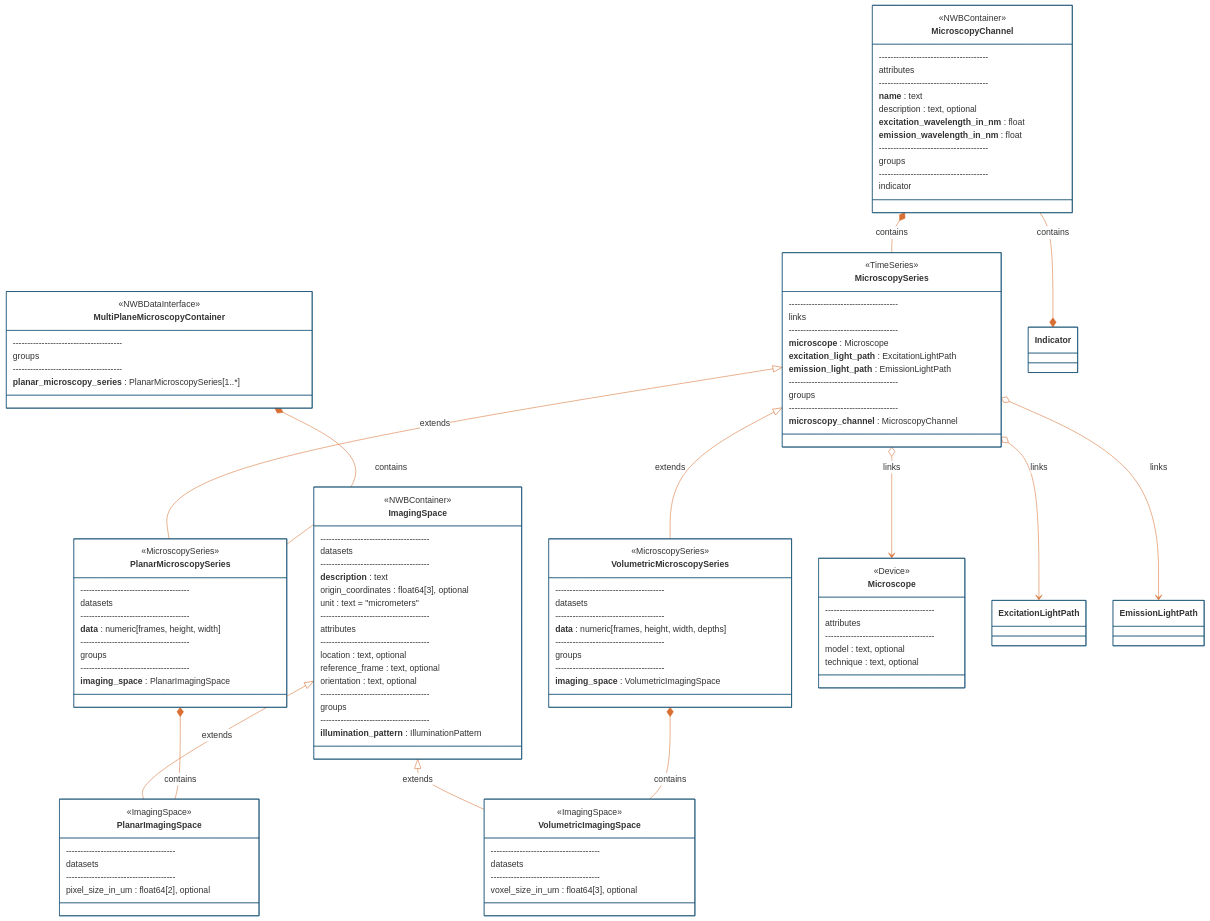
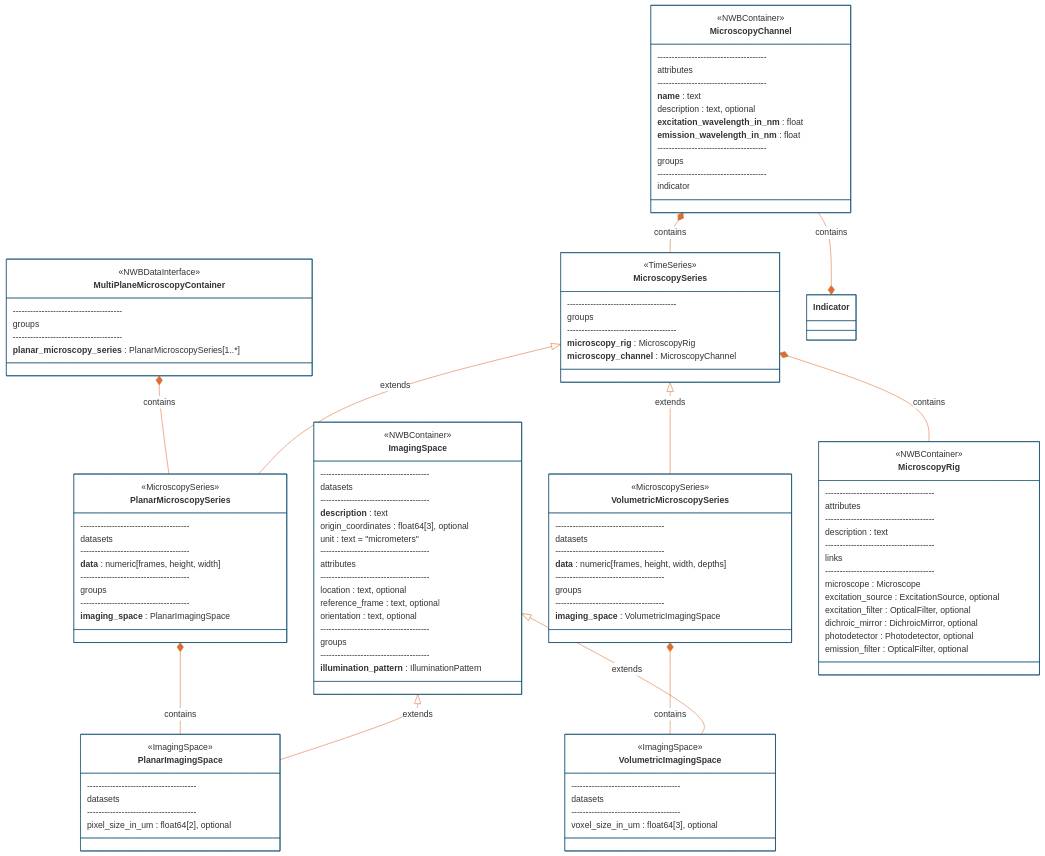
The third of 4 diagrams in README.md (catalystneuro/ndx-microscopy), drawn with Mermaid before and after one commit. The commit also changed other lines of this file and 25 other files, not shown here.

First line of the commit message:
Add Microscopy Rig (#61)

````diff
--- a/README.md
+++ b/README.md
@@ -296,14 +291,9 @@
     class MicroscopySeries {
         <<TimeSeries>>
         --------------------------------------
-        links
-        --------------------------------------
-        **microscope** : Microscope
-        **excitation_light_path** : ExcitationLightPath
-        **emission_light_path** : EmissionLightPath
-        --------------------------------------
         groups
         --------------------------------------
+        **microscopy_rig** : MicroscopyRig
         **microscopy_channel** : MicroscopyChannel
 
     }
@@ -376,13 +366,21 @@
         voxel_size_in_um : float64[3], optional
     }
 
-    class Microscope {
-        <<Device>>
+    class MicroscopyRig {
+        <<NWBContainer>>
         --------------------------------------
         attributes
         --------------------------------------
-        model : text, optional
-        technique : text, optional
+        description : text
+        --------------------------------------
+        links
+        --------------------------------------
+        microscope : Microscope
+        excitation_source : ExcitationSource, optional
+        excitation_filter : OpticalFilter, optional
+        dichroic_mirror : DichroicMirror, optional
+        photodetector : Photodetector, optional
+        emission_filter : OpticalFilter, optional
     }
 
     MicroscopySeries <|-- PlanarMicroscopySeries : extends
@@ -393,9 +391,7 @@
     PlanarMicroscopySeries *-- PlanarImagingSpace : contains
     VolumetricMicroscopySeries *-- VolumetricImagingSpace : contains
     MultiPlaneMicroscopyContainer *-- PlanarMicroscopySeries : contains
-    MicroscopySeries o--> Microscope : links
-    MicroscopySeries o--> ExcitationLightPath : links
-    MicroscopySeries o--> EmissionLightPath : links
+    MicroscopySeries *-- MicroscopyRig : contains
     MicroscopyChannel *-- MicroscopySeries : contains    
     MicroscopyChannel --* Indicator : contains
 ```
````
